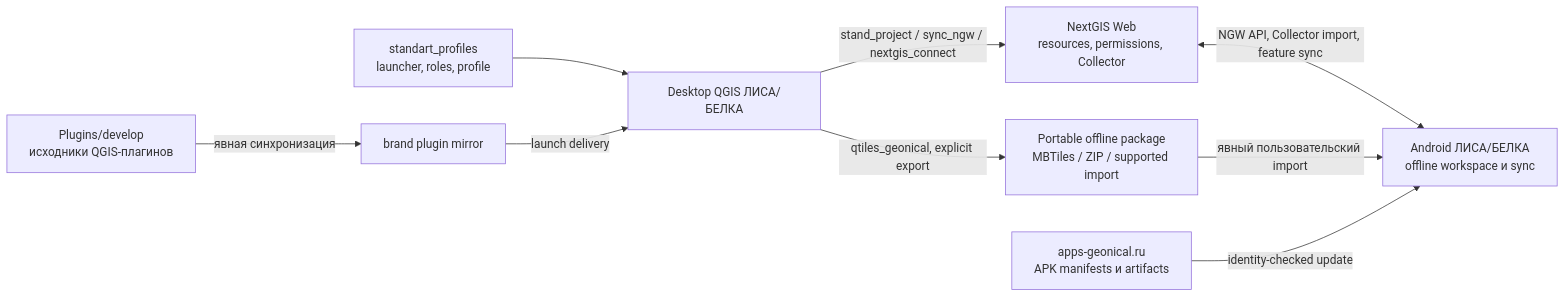
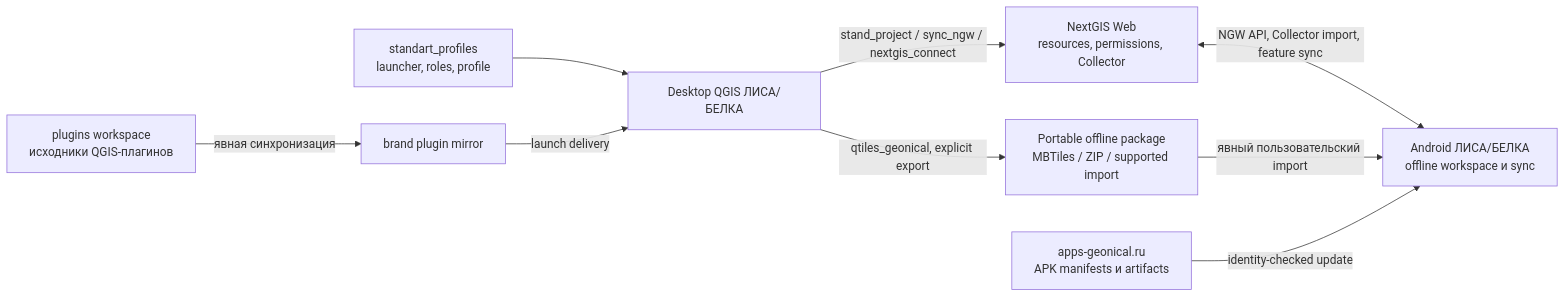
Before and after one commit to GeonicalSys/nextgis-mobile-custom: the diagram in docs/architecture/lisa-ecosystem.md, drawn with Mermaid. The commit also changed other lines of this file and 6 other files, not shown here.

````diff
--- a/docs/architecture/lisa-ecosystem.md
+++ b/docs/architecture/lisa-ecosystem.md
@@ -29,20 +29,20 @@
 ```mermaid
 flowchart LR
-    source["Plugins/develop<br/>исходники QGIS-плагинов"]
+    source["plugins workspace<br/>исходники QGIS-плагинов"]
     profiles["standart_profiles<br/>launcher, roles, profile"]
     mirror["brand plugin mirror"]
     qgis["Desktop QGIS ЛИСА/БЕЛКА"]
     ngw["NextGIS Web<br/>resources, permissions, Collector"]
     package["Portable offline package<br/>MBTiles / ZIP / supported import"]
     mobile["Android ЛИСА/БЕЛКА<br/>offline workspace и sync"]
     release["apps-geonical.ru<br/>APK manifests и artifacts"]
 
     source -->|"явная синхронизация"| mirror
     profiles --> qgis
     mirror -->|"launch delivery"| qgis
     qgis -->|"stand_project / sync_ngw / nextgis_connect"| ngw
     ngw <-->|"NGW API, Collector import, feature sync"| mobile
     qgis -->|"qtiles_geonical, explicit export"| package
     package -->|"явный пользовательский import"| mobile
     release -->|"identity-checked update"| mobile
 ```
````
